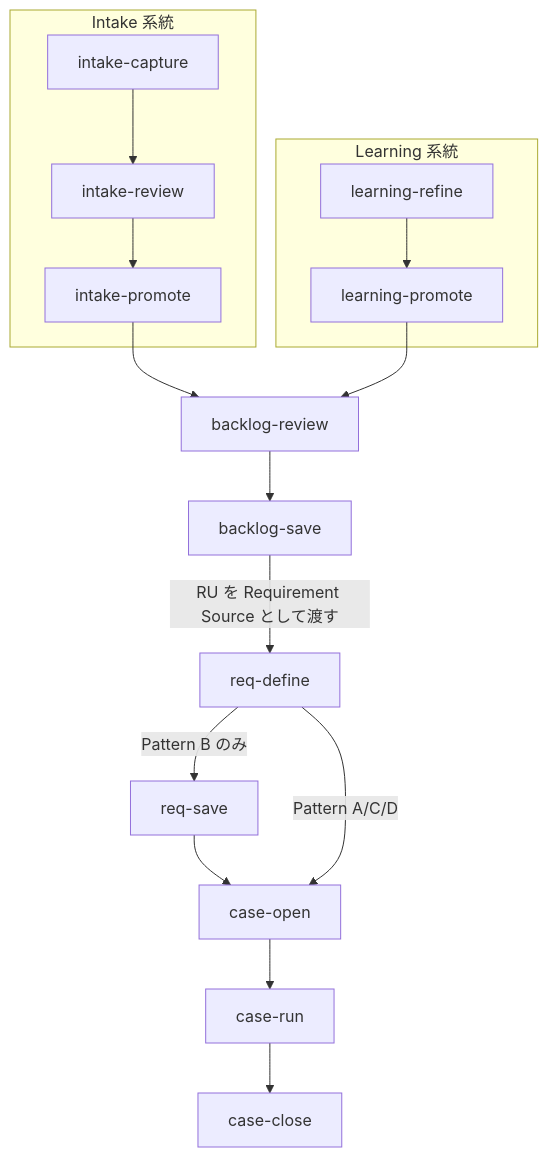
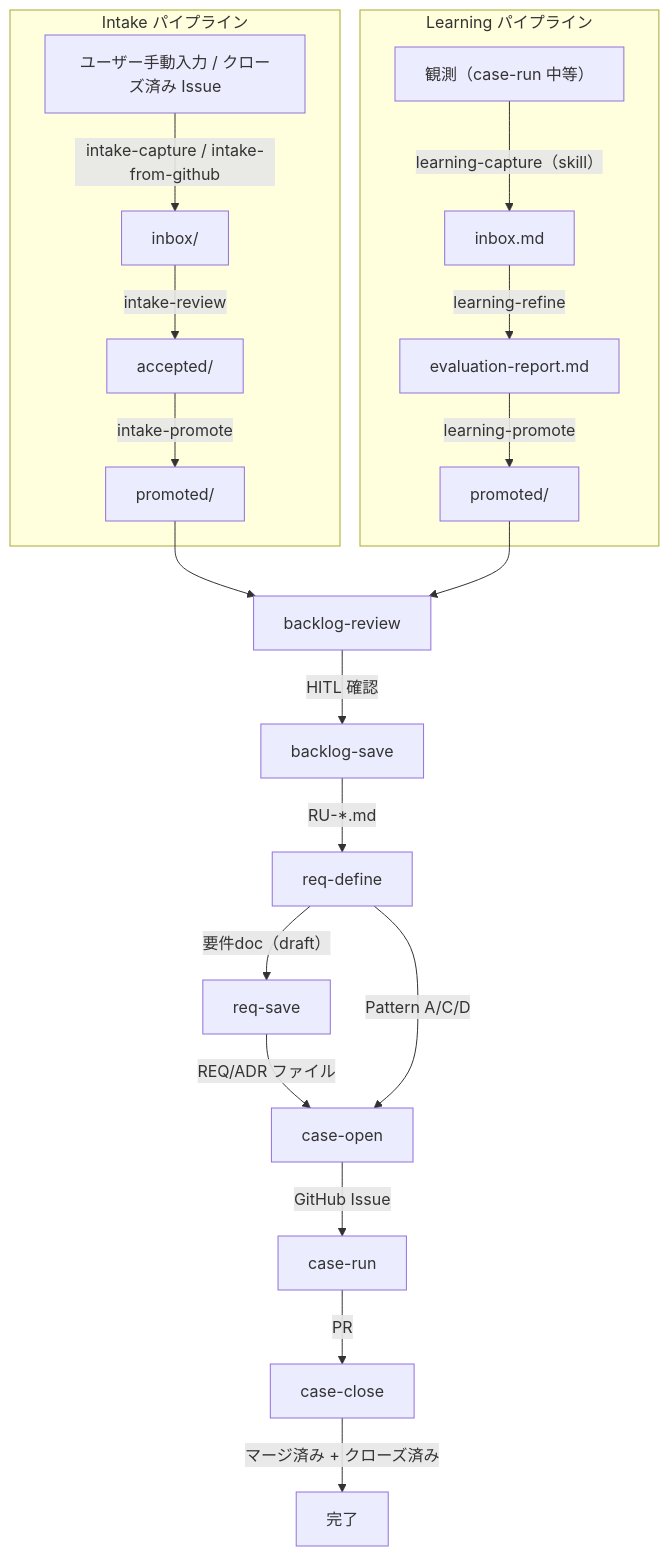
One commit to yogata/agent-dev-flow changed the diagram in docs/guides/workflow-overview.md. Above: the diagram before and after it, drawn with Mermaid. The commit also changed other lines of this file and 9 other files, not shown here.

````diff
--- a/docs/guides/workflow-overview.md
+++ b/docs/guides/workflow-overview.md
@@ -9,27 +7,23 @@
 ```mermaid
 flowchart TD
-    subgraph Intake["Intake 系統"]
-        IC[intake-capture]
-        IR[intake-review]
-        IP[intake-promote]
+    subgraph Intake["Intake パイプライン"]
+        IC["ユーザー手動入力 / クローズ済み Issue"] -->|intake-capture / intake-from-github| INBOX["inbox/"]
+        INBOX -->|intake-review| ACC["accepted/"]
+        ACC -->|intake-promote| IP["promoted/"]
     end
-    subgraph Learning["Learning 系統"]
-        LR[learning-refine]
-        LP[learning-promote]
+    subgraph Learning["Learning パイプライン"]
+        LC["観測（case-run 中等）"] -->|learning-capture（skill）| LRB["inbox.md"]
+        LRB -->|learning-refine| ER["evaluation-report.md"]
+        ER -->|learning-promote| LP["promoted/"]
     end
-    BR[backlog-review]
-    BS[backlog-save]
-    RD[req-define]
-    RS[req-save]
-    CO[case-open]
-    CR[case-run]
-    CC[case-close]
-
-    IC --> IR --> IP --> BR
-    LR --> LP --> BR
-    BR --> BS -->|"RU を Requirement Source として渡す"| RD
-    RD -->|"Pattern B のみ"| RS
-    RS --> CO
+    IP --> BR
+    LP --> BR
+    BR["backlog-review"] -->|HITL 確認| BS["backlog-save"]
+    BS -->|"RU-*.md"| RD["req-define"]
+    RD -->|"要件doc（draft）"| RS["req-save"]
+    RS -->|"REQ/ADR ファイル"| CO["case-open"]
     RD -->|"Pattern A/C/D"| CO
-    CO --> CR --> CC
+    CO -->|"GitHub Issue"| CR["case-run"]
+    CR -->|"PR"| CC["case-close"]
+    CC -->|"マージ済み + クローズ済み"| DONE["完了"]
 ```
````
